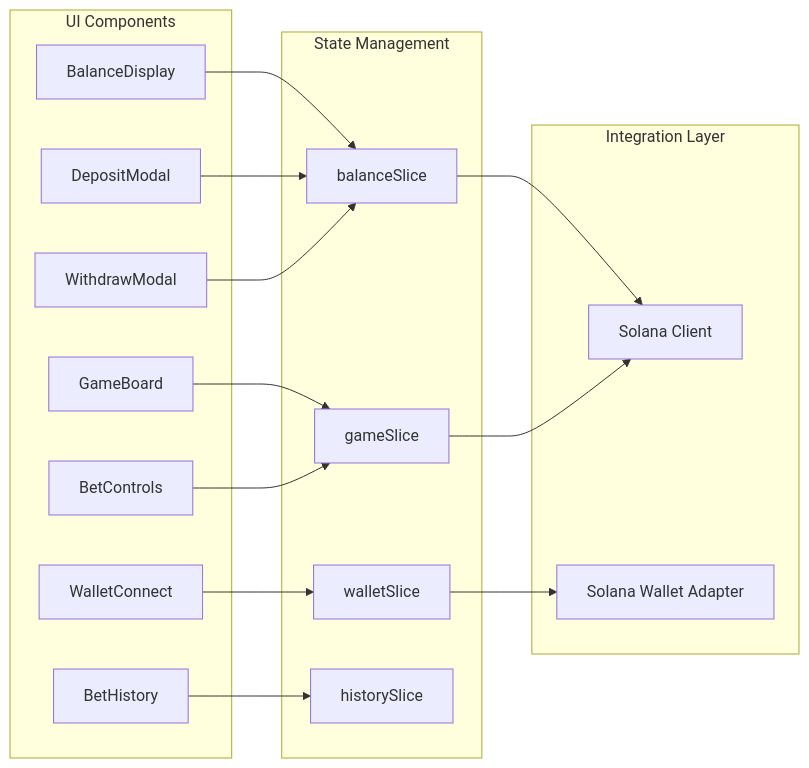
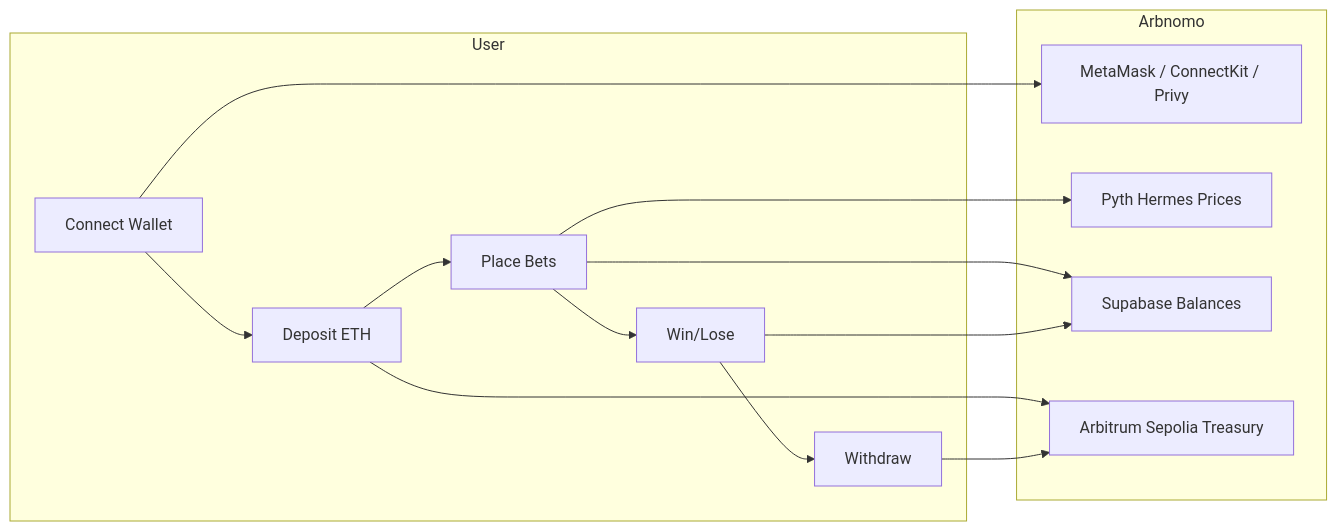
One commit to AmaanSayyad/solnomo changed the first of 4 diagrams in README.md. Above: the diagram before and after it, drawn with Mermaid. The commit also changed other lines of this file and 158 other files, not shown here.

````diff
--- a/README.md
+++ b/README.md
@@ -76,36 +79,21 @@
 ```mermaid
-graph LR
-    subgraph "UI Components"
-        WalletConnect[WalletConnect]
-        BalanceDisplay[BalanceDisplay]
-        DepositModal[DepositModal]
-        WithdrawModal[WithdrawModal]
-        GameBoard[GameBoard]
-        BetControls[BetControls]
-        BetHistory[BetHistory]
+flowchart LR
+    subgraph User
+        A[Connect Wallet] --> B[Deposit ETH]
+        B --> C[Place Bets]
+        C --> D[Win/Lose]
+        D --> E[Withdraw]
     end
-    
-    subgraph "State Management"
-        WalletSlice[walletSlice]
-        BalanceSlice[balanceSlice]
-        GameSlice[gameSlice]
-        HistorySlice[historySlice]
+    subgraph Arbnomo
+        F[MetaMask / ConnectKit / Privy]
+        G[Pyth Hermes Prices]
+        H[Supabase Balances]
+        I[Arbitrum Sepolia Treasury]
     end
-    
-    subgraph "Integration Layer"
-        SolanaClient[Solana Client]
-        SolanaWallet[Solana Wallet Adapter]
-    end
-    
-    WalletConnect --> WalletSlice
-    BalanceDisplay --> BalanceSlice
-    DepositModal --> BalanceSlice
-    WithdrawModal --> BalanceSlice
-    GameBoard --> GameSlice
-    BetControls --> GameSlice
-    BetHistory --> HistorySlice
-    
-    WalletSlice --> SolanaWallet
-    BalanceSlice --> SolanaClient
-    GameSlice --> SolanaClient
+    A --> F
+    B --> I
+    C --> G
+    C --> H
+    D --> H
+    E --> I
 ```
````
